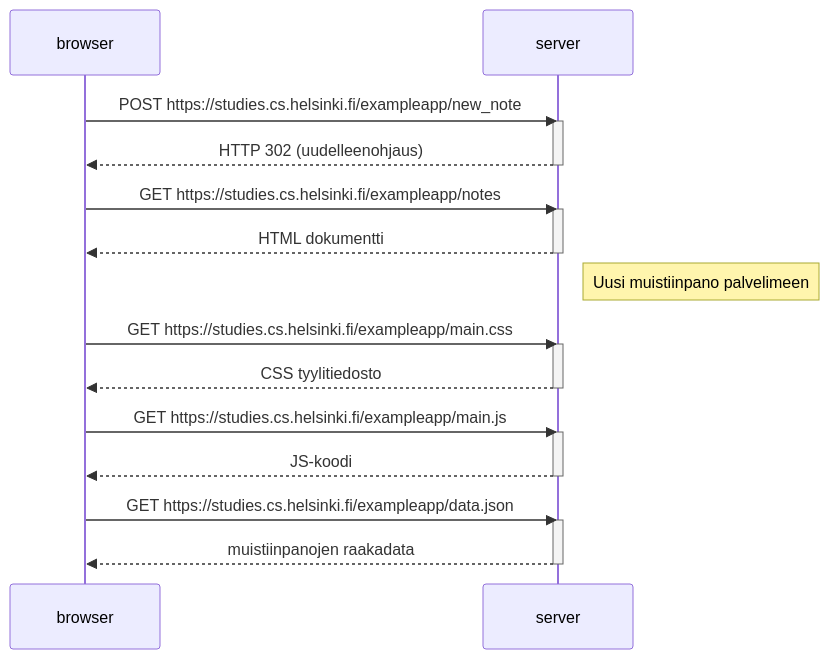
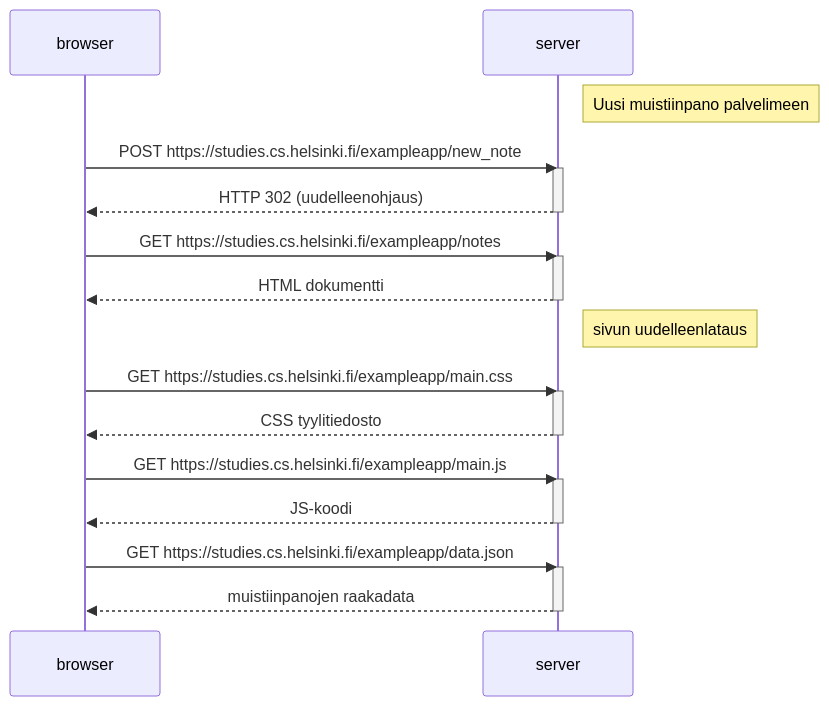
One commit to AKoivisto/Fullstack24 changed the diagram in osa0/0.4_uusi_muistiinpano.md. Above: the diagram before and after it, drawn with Mermaid.

Commit message:
0.4 korjaus

````diff
--- a/osa0/0.4_uusi_muistiinpano.md
+++ b/osa0/0.4_uusi_muistiinpano.md
@@ -1,32 +1,35 @@
 ```mermaid
 sequenceDiagram
     participant browser
     participant server
+
+    
+    Note right of server: Uusi muistiinpano palvelimeen
 
     browser->>server: POST https://studies.cs.helsinki.fi/exampleapp/new_note
     activate server
     server-->>browser: HTTP 302 (uudelleenohjaus)
     deactivate server
 
     browser->>server: GET https://studies.cs.helsinki.fi/exampleapp/notes
     activate server
     server-->>browser: HTML dokumentti
     deactivate server
 
-    Note right of server: Uusi muistiinpano palvelimeen
+    Note right of server: sivun uudelleenlataus
 
     browser->>server: GET https://studies.cs.helsinki.fi/exampleapp/main.css
     activate server
     server-->>browser: CSS tyylitiedosto
     deactivate server
 
     browser->>server: GET https://studies.cs.helsinki.fi/exampleapp/main.js
     activate server
     server-->>browser: JS-koodi
     deactivate server
 
     browser->>server: GET https://studies.cs.helsinki.fi/exampleapp/data.json
     activate server
     server-->>browser: muistiinpanojen raakadata
     deactivate server
 ```
````
